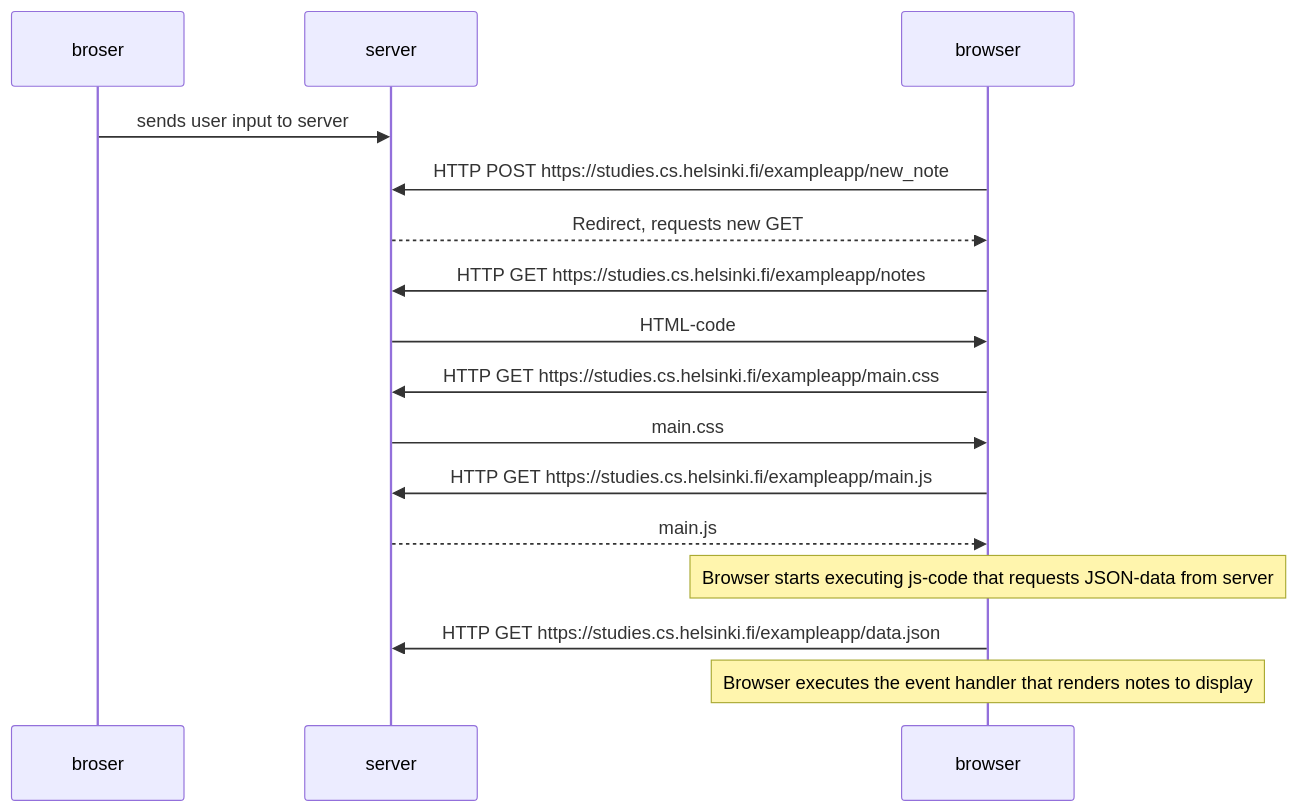
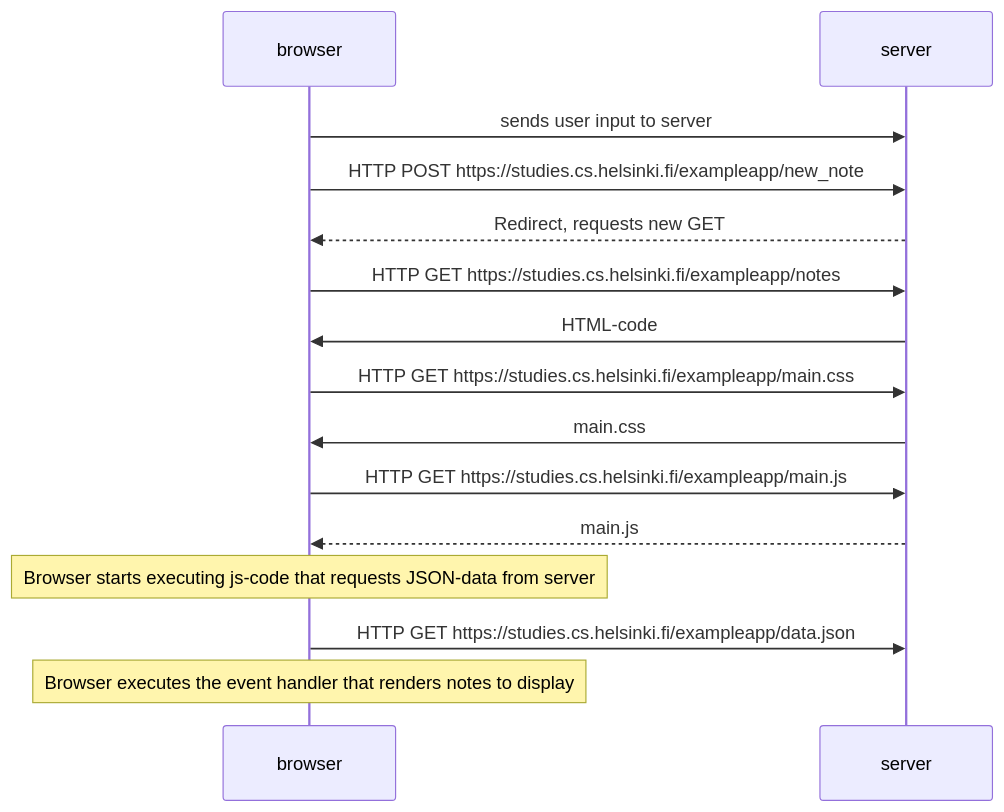
Before and after one commit to Lawblo/fullstackopen: the diagram in exercises/part0/04.md, drawn with Mermaid.

````diff
--- a/exercises/part0/04.md
+++ b/exercises/part0/04.md
@@ -3,15 +3,15 @@
 ```mermaid
 sequenceDiagram
-    broser->>server: sends user input to server
+    browser->>server: sends user input to server
     browser->>server: HTTP POST https://studies.cs.helsinki.fi/exampleapp/new_note
     server-->>browser: Redirect, requests new GET
     browser->>server: HTTP GET https://studies.cs.helsinki.fi/exampleapp/notes
     server->>browser: HTML-code
     browser->>server: HTTP GET https://studies.cs.helsinki.fi/exampleapp/main.css
     server->>browser: main.css
     browser->>server: HTTP GET https://studies.cs.helsinki.fi/exampleapp/main.js
     server-->>browser: main.js
     note over browser: Browser starts executing js-code that requests JSON-data from server
     browser->>server: HTTP GET https://studies.cs.helsinki.fi/exampleapp/data.json
     note over browser: Browser executes the event handler that renders notes to display
 ```
````
